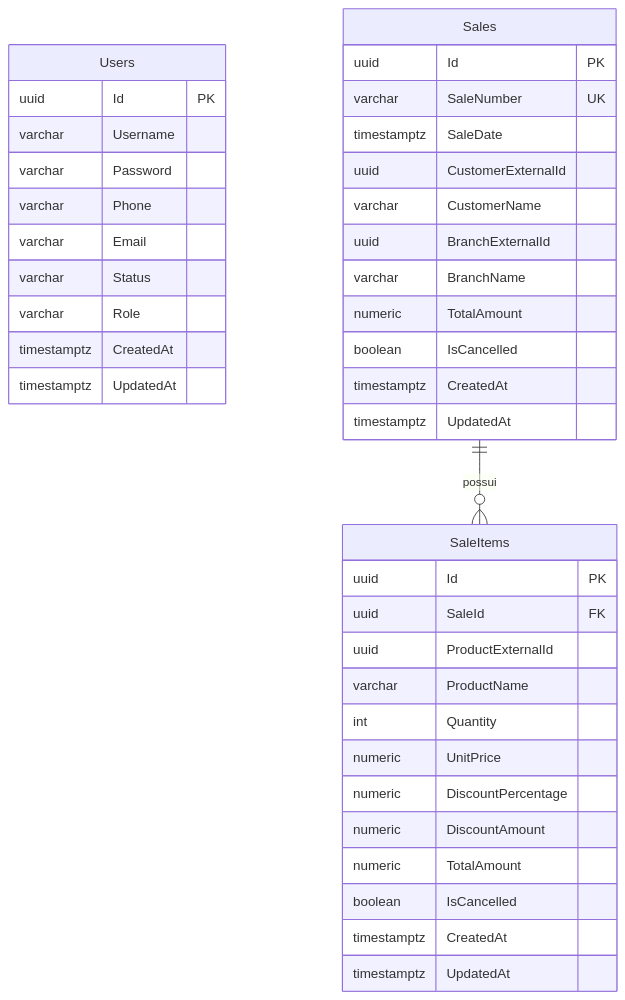
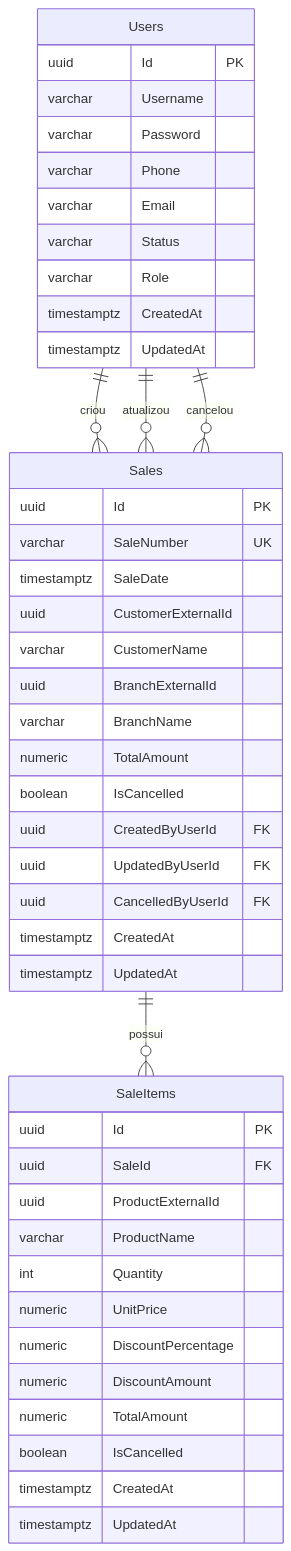
The diagram in README.md (giovanigsilva/mouts-challenge), drawn with Mermaid before and after one commit. The commit also changed other lines of this file and 37 other files, not shown here.

````diff
--- a/README.md
+++ b/README.md
@@ -245,45 +247,51 @@
 ```mermaid
 erDiagram
     Users {
         uuid Id PK
         varchar Username
         varchar Password
         varchar Phone
         varchar Email
         varchar Status
         varchar Role
         timestamptz CreatedAt
         timestamptz UpdatedAt
     }
 
     Sales {
         uuid Id PK
         varchar SaleNumber UK
         timestamptz SaleDate
         uuid CustomerExternalId
         varchar CustomerName
         uuid BranchExternalId
         varchar BranchName
         numeric TotalAmount
         boolean IsCancelled
+        uuid CreatedByUserId FK
+        uuid UpdatedByUserId FK
+        uuid CancelledByUserId FK
         timestamptz CreatedAt
         timestamptz UpdatedAt
     }
 
     SaleItems {
         uuid Id PK
         uuid SaleId FK
         uuid ProductExternalId
         varchar ProductName
         int Quantity
         numeric UnitPrice
         numeric DiscountPercentage
         numeric DiscountAmount
         numeric TotalAmount
         boolean IsCancelled
         timestamptz CreatedAt
         timestamptz UpdatedAt
     }
 
     Sales ||--o{ SaleItems : possui
+    Users ||--o{ Sales : criou
+    Users ||--o{ Sales : atualizou
+    Users ||--o{ Sales : cancelou
 ```
````
